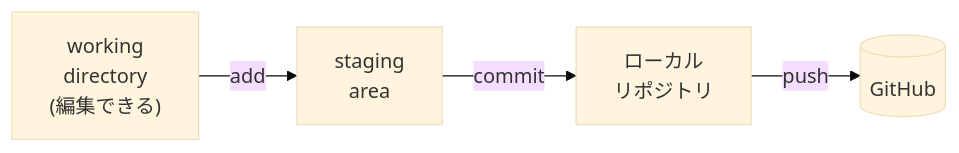
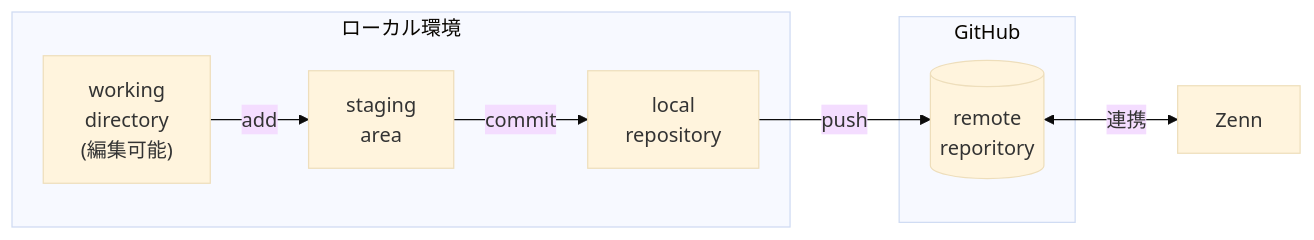
The diagram in articles/setup-zenn-github.md (tabirider/zenn), drawn with Mermaid (base theme) before and after one commit. The commit also changed other lines of this file and 4 other files, not shown here.

````diff
--- a/articles/setup-zenn-github.md
+++ b/articles/setup-zenn-github.md
@@ -196,4 +277,16 @@
-    ```mermaid
-    flowchart LR
-    A[working<br>directory<br>#040;編集できる#041;] -- add --> B[staging<br>area] -- commit --> C[ローカル<br>リポジトリ] -- push --> D[(GitHub)]
-    ```
+```mermaid
+flowchart LR
+subgraph ローカル環境
+A[working<br>directory<br>#040;編集可能#041;]
+B[staging<br>area]
+C[local<br>repository]
+end
+subgraph GitHub
+D[(remote<br>reporitory)]
+end
+E[Zenn]
+A -- add --> B
+B -- commit --> C
+C -- push --> D
+D <-- 連携 --> E
+```
````
